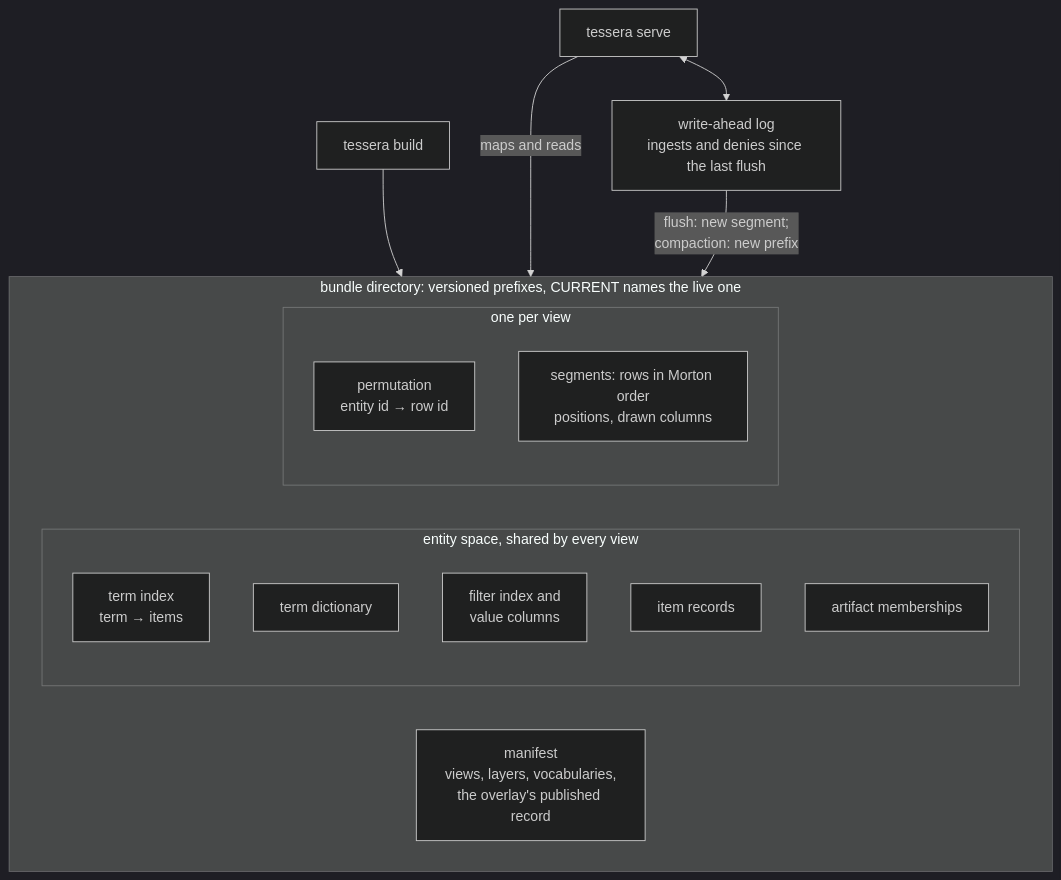
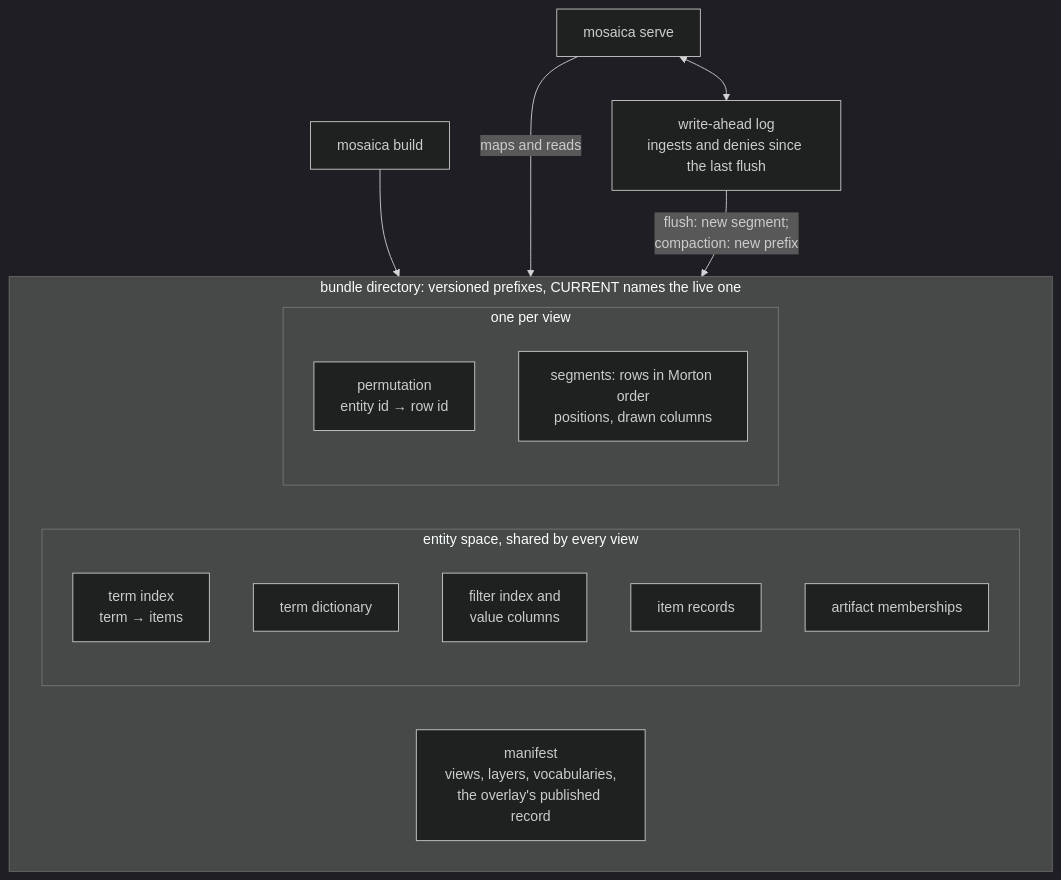
The second of 2 diagrams in docs/system/write-path.md (jennis0/tesseradb), drawn with Mermaid (dark theme) before and after one commit. The commit also changed other lines of this file and 1179 other files, not shown here.

First line of the commit message:
Rename Tessera to Mosaica in contents

````diff
--- a/docs/system/write-path.md
+++ b/docs/system/write-path.md
@@ -50,22 +50,22 @@
 ```mermaid
 flowchart TB
   subgraph bundle["bundle directory: versioned prefixes, CURRENT names the live one"]
     manifest["manifest<br/>views, layers, vocabularies,<br/>the overlay's published record"]
     subgraph entity["entity space, shared by every view"]
       termidx["term index<br/>term → items"]
       dict["term dictionary"]
       filt["filter index and<br/>value columns"]
       records["item records"]
       members["artifact memberships"]
     end
     subgraph views["one per view"]
       perm["permutation<br/>entity id → row id"]
       segs["segments: rows in Morton order<br/>positions, drawn columns"]
     end
   end
   wal["write-ahead log<br/>ingests and denies since the last flush"]
-  build["tessera build"] --> bundle
-  serve["tessera serve"] -- "maps and reads" --> bundle
+  build["mosaica build"] --> bundle
+  serve["mosaica serve"] -- "maps and reads" --> bundle
   serve <--> wal
   wal -- "flush: new segment;<br/>compaction: new prefix" --> bundle
 ```
````
